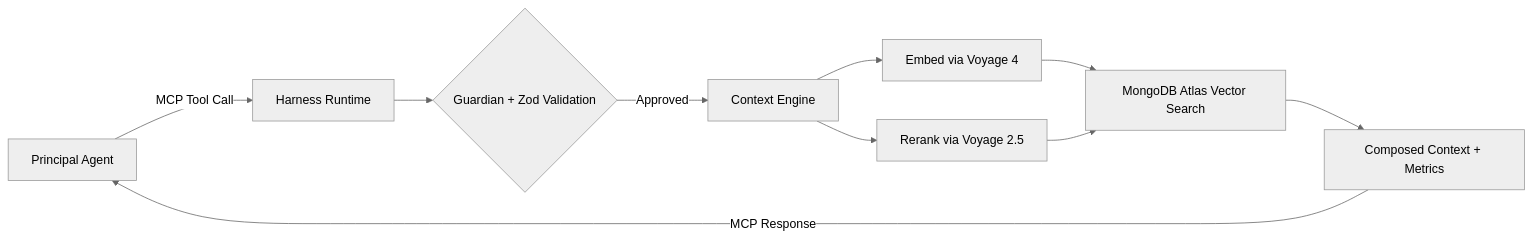
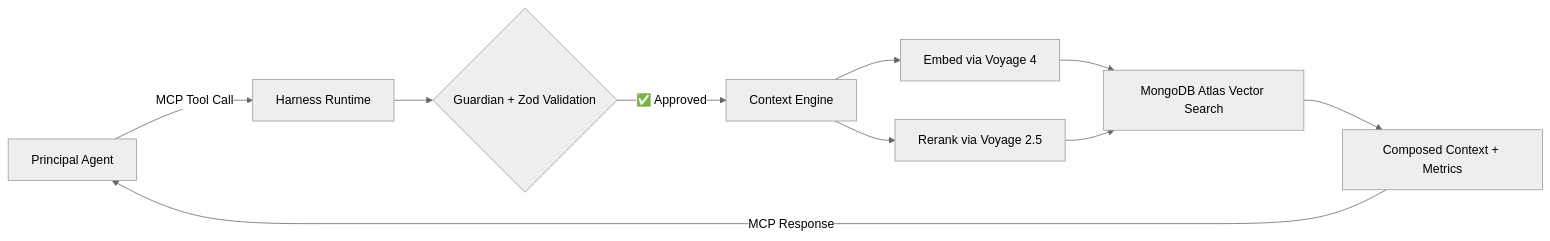
The diagram in content/docs/vectora/_index.en.md (MachiTwo/MachiOnCoffee), drawn with Mermaid (neutral theme) before and after one commit. The commit also changed other lines of this file and 32 other files, not shown here.

````diff
--- a/content/docs/vectora/_index.en.md
+++ b/content/docs/vectora/_index.en.md
@@ -51,12 +50,12 @@
 ```mermaid
 graph LR
     A[Principal Agent] -->|MCP Tool Call| B[Harness Runtime]
     B --> C{Guardian + Zod Validation}
-    C -->| Approved| D[Context Engine]
+    C -->|✅ Approved| D[Context Engine]
     D --> E[Embed via Voyage 4]
     D --> F[Rerank via Voyage 2.5]
     E --> G[MongoDB Atlas Vector Search]
     F --> G
     G --> H[Composed Context + Metrics]
     H -->|MCP Response| A
 ```
````
